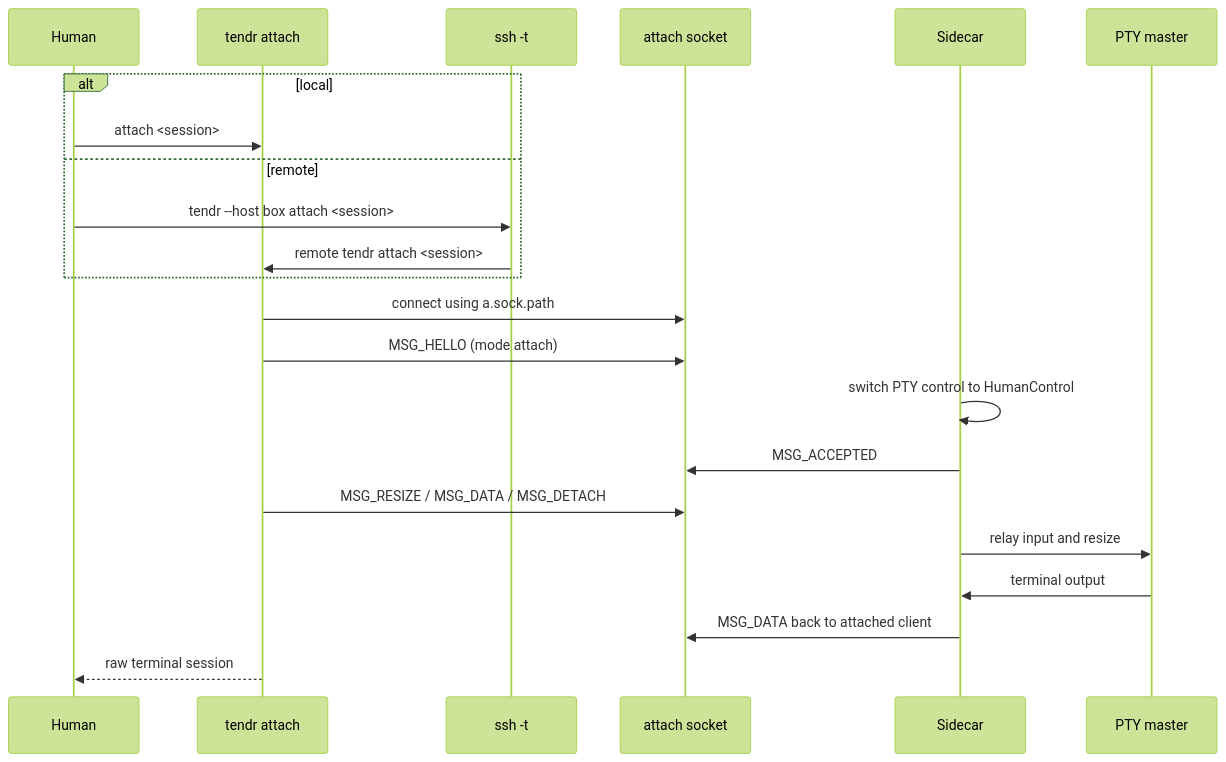
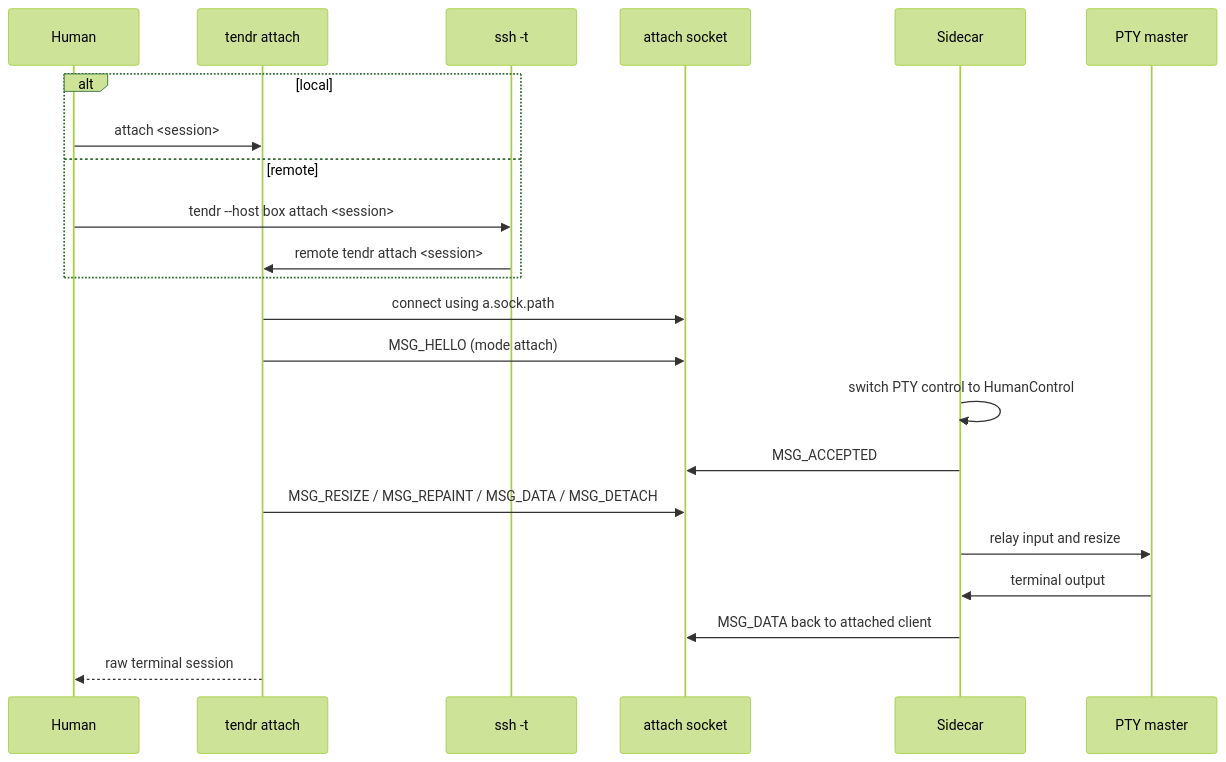
The fourth of 4 diagrams in docs/architecture/05-key-flows.md (grumpydevorg/tendr), drawn with Mermaid (forest theme) before and after one commit. The commit also changed 7 other files, not shown here.

````diff
--- a/docs/architecture/05-key-flows.md
+++ b/docs/architecture/05-key-flows.md
@@ -180,25 +180,25 @@
 ```mermaid
 sequenceDiagram
     participant Human
     participant CLI as tendr attach
     participant SSH as ssh -t
     participant Socket as attach socket
     participant Sidecar
     participant PTY as PTY master
 
     alt local
         Human->>CLI: attach <session>
     else remote
         Human->>SSH: tendr --host box attach <session>
         SSH->>CLI: remote tendr attach <session>
     end
     CLI->>Socket: connect using a.sock.path
     CLI->>Socket: MSG_HELLO (mode attach)
     Sidecar->>Sidecar: switch PTY control to HumanControl
     Sidecar->>Socket: MSG_ACCEPTED
-    CLI->>Socket: MSG_RESIZE / MSG_DATA / MSG_DETACH
+    CLI->>Socket: MSG_RESIZE / MSG_REPAINT / MSG_DATA / MSG_DETACH
     Sidecar->>PTY: relay input and resize
     PTY->>Sidecar: terminal output
     Sidecar->>Socket: MSG_DATA back to attached client
     CLI-->>Human: raw terminal session
 ```
````
